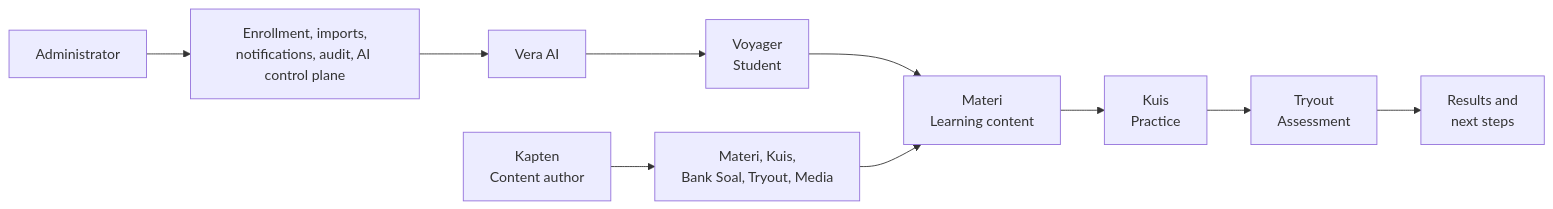
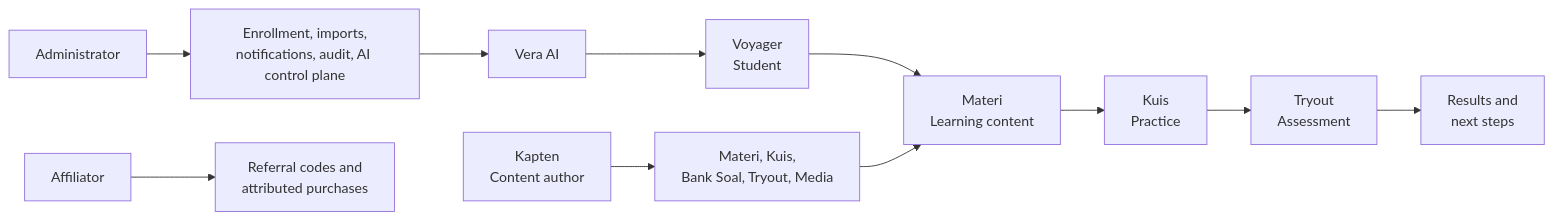
One commit to crlnravel/vecalss-app changed the diagram in docs/wiki/index.md. Above: the diagram before and after it, drawn with Mermaid. The commit also changed other lines of this file and 8 other files, not shown here.

````diff
--- a/docs/wiki/index.md
+++ b/docs/wiki/index.md
@@ -24,12 +27,13 @@
 ```mermaid
 flowchart LR
     Voyager[Voyager\nStudent] --> Materi[Materi\nLearning content]
     Materi --> Kuis[Kuis\nPractice]
     Kuis --> Tryout[Tryout\nAssessment]
     Tryout --> Results[Results and\nnext steps]
     Kapten[Kapten\nContent author] --> Authoring[Materi, Kuis,\nBank Soal, Tryout, Media]
     Authoring --> Materi
     Admin[Administrator] --> Operations[Enrollment, imports,\nnotifications, audit, AI control plane]
+    Affiliator[Affiliator] --> Referrals[Referral codes and\nattributed purchases]
     Vera[Vera AI] --> Voyager
     Operations --> Vera
 ```
````
